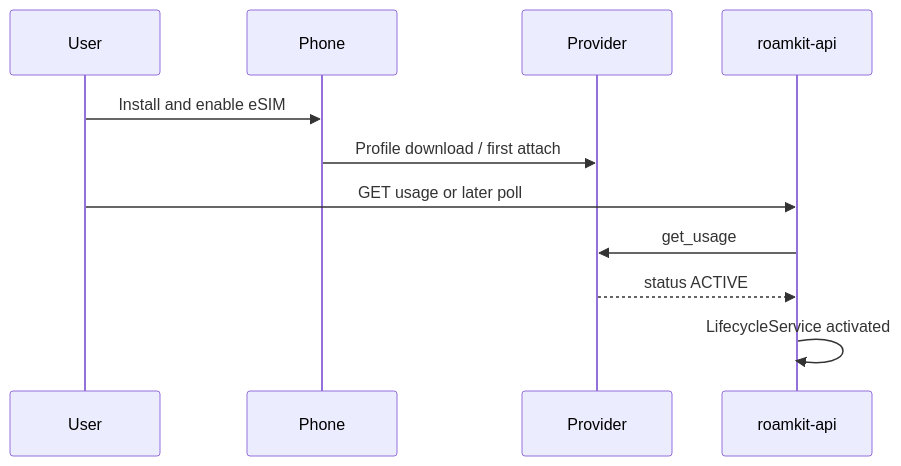
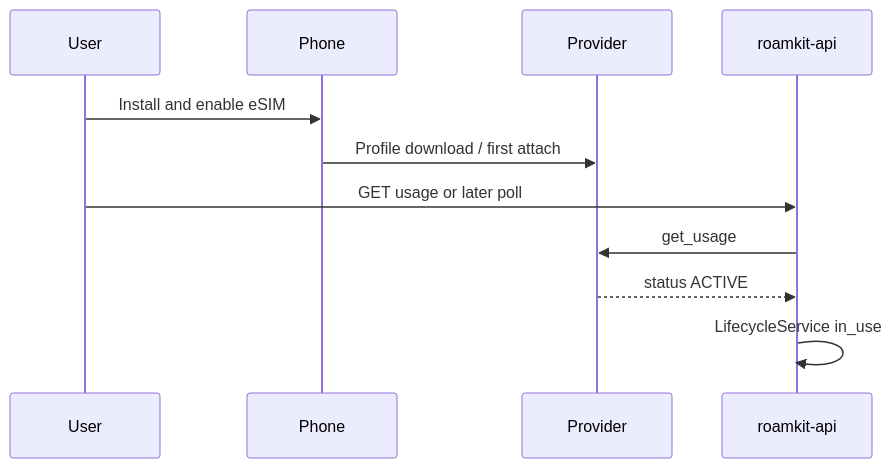
One commit to roamkit-net/roamkit-docs changed the second of 3 diagrams in docs/adr/014-esim-lifecycle-install-telemetry.md. Above: the diagram before and after it, drawn with Mermaid. The commit also changed other lines of this file, not shown here.

````diff
--- a/docs/adr/014-esim-lifecycle-install-telemetry.md
+++ b/docs/adr/014-esim-lifecycle-install-telemetry.md
@@ -151,14 +173,14 @@
 ```mermaid
 sequenceDiagram
   participant U as User
   participant Device as Phone
   participant P as Provider
   participant A as roamkit-api
 
   U->>Device: Install and enable eSIM
   Device->>P: Profile download / first attach
   U->>A: GET usage or later poll
   A->>P: get_usage
   P-->>A: status ACTIVE
-  A->>A: LifecycleService activated
+  A->>A: LifecycleService in_use
 ```
````
